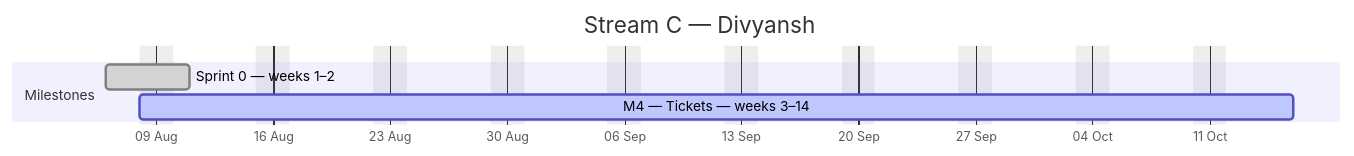
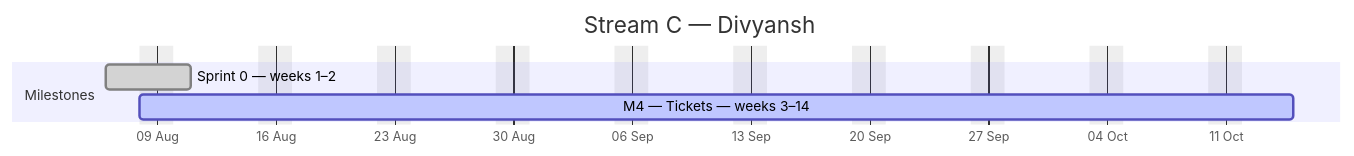
Before and after one commit to debashisedunext/EduTrack: the third of 4 diagrams in docs/plan/GANTT.md, drawn with Mermaid. The commit also changed other lines of this file and 3 other files, not shown here.

````diff
--- a/docs/plan/GANTT.md
+++ b/docs/plan/GANTT.md
@@ -136,10 +136,10 @@
 ```mermaid
 gantt
     dateFormat YYYY-MM-DD
     axisFormat %d %b
     title Stream C — Divyansh
     excludes weekends
     section Milestones
     Sprint 0 — weeks 1–2 :done, c0, 2026-08-06, 3d
-    M4 — Tickets — weeks 3–14 :active, c1, 2026-08-08, 50d
+    M4 — Tickets — weeks 3–14 :active, c1, 2026-08-08, 49d
 ```
````
